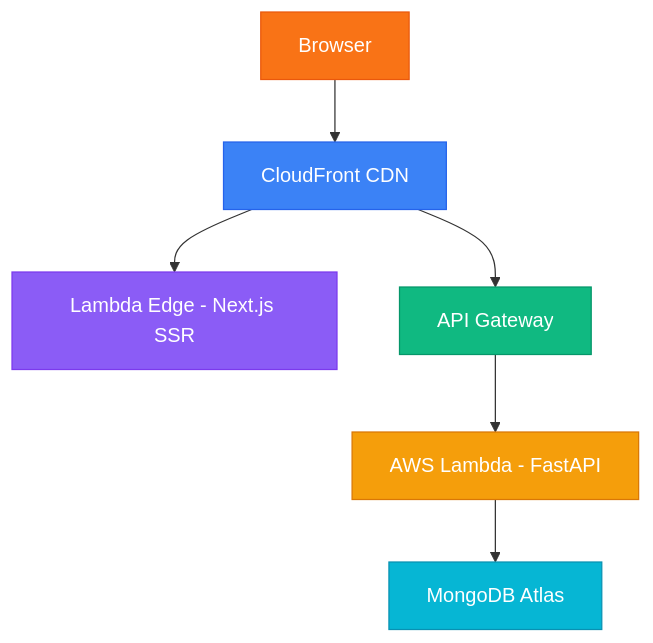
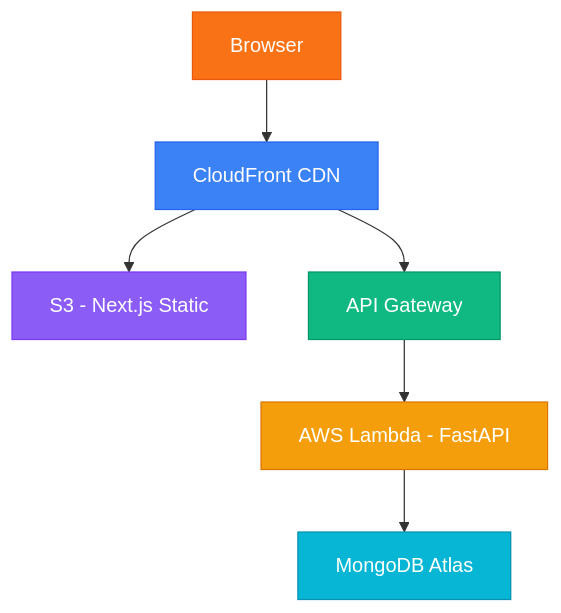
The diagram in README.md (Debsmit16/Restaurant_CRM), drawn with Mermaid before and after one commit. The commit also changed other lines of this file and 1 other file, not shown here.

Commit message:
fix: Consistent AWS deployment - removed Vercel, everything on Lambda/S3/CloudFront

````diff
--- a/README.md
+++ b/README.md
@@ -11,15 +11,15 @@
 ```mermaid
 graph TD
     A["Browser"] --> B["CloudFront CDN"]
-    B --> C["Lambda Edge - Next.js SSR"]
+    B --> C["S3 - Next.js Static"]
     B --> D["API Gateway"]
     D --> E["AWS Lambda - FastAPI"]
     E --> F["MongoDB Atlas"]
 
     style A fill:#f97316,stroke:#ea580c,color:#fff
     style B fill:#3b82f6,stroke:#2563eb,color:#fff
     style C fill:#8b5cf6,stroke:#7c3aed,color:#fff
     style D fill:#10b981,stroke:#059669,color:#fff
     style E fill:#f59e0b,stroke:#d97706,color:#fff
     style F fill:#06b6d4,stroke:#0891b2,color:#fff
 ```
````
